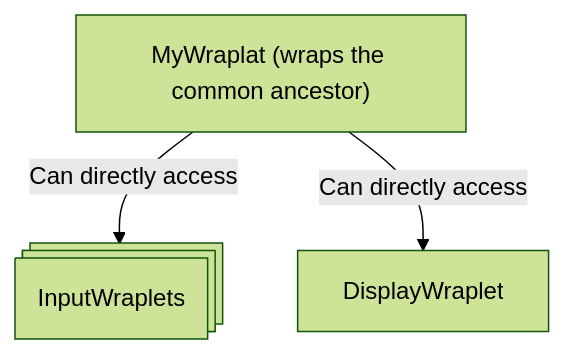
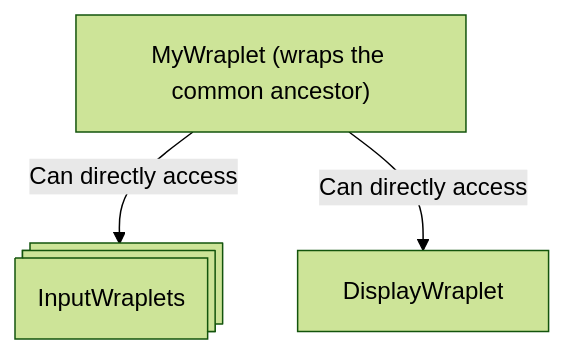
The second of 3 diagrams in docs/2-concepts/2-dependency-manager.mdx (wraplet/docs), drawn with Mermaid (forest theme) before and after one commit. The commit also changed other lines of this file and 5 other files, not shown here.

````diff
--- a/docs/2-concepts/2-dependency-manager.mdx
+++ b/docs/2-concepts/2-dependency-manager.mdx
@@ -43,5 +58,5 @@
 ```mermaid
 flowchart TB
-    A["MyWraplat (wraps the common ancestor)"] -- "Can directly access" --> B@{ shape: processes, label: "InputWraplets" }
+    A["MyWraplet (wraps the common ancestor)"] -- "Can directly access" --> B@{ shape: processes, label: "InputWraplets" }
     A -- "Can directly access" --> C["DisplayWraplet"]
 ```
````
